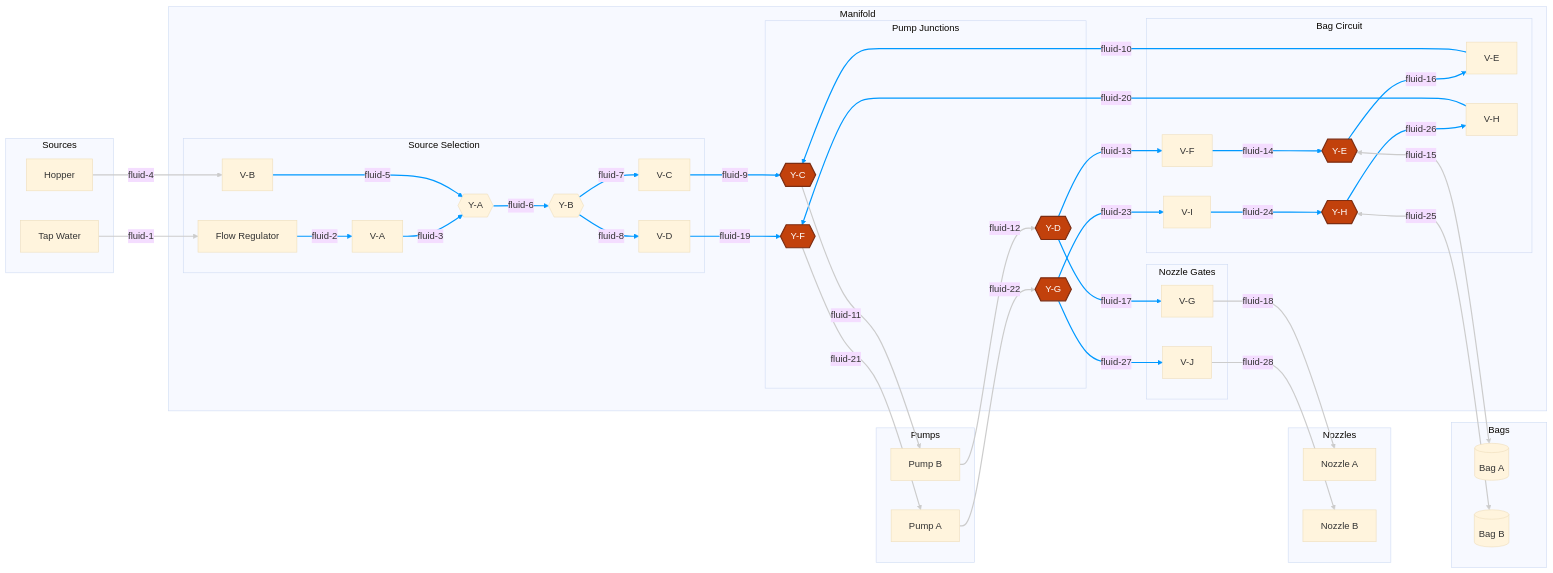
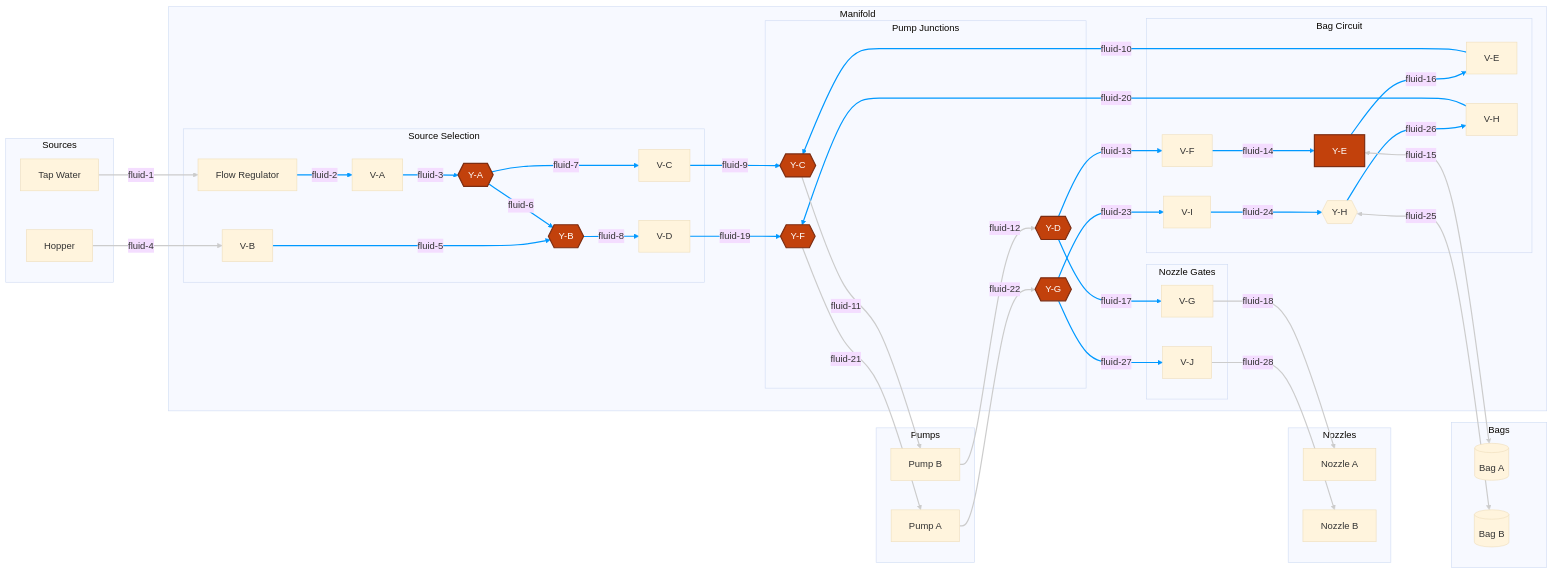
One commit to derekbreden/homesodamachine changed the diagram in hardware/topology/fluid-topology-manifold.mmd. Above: the diagram before and after it, drawn with Mermaid (base theme). The commit also changed 184 other files, not shown here.

```diff
--- a/hardware/topology/fluid-topology-manifold.mmd
+++ b/hardware/topology/fluid-topology-manifold.mmd
@@ -1,135 +1,143 @@
 flowchart LR
 
   %% The complete fluid topology: every valve, junction, and endpoint, with each
   %% edge labelled by its route ID. A route is one numbered tube segment from the
   %% Tube Segments tables in fluid-topology.md — the same fluid-1 … fluid-28 that
   %% scorecard.py reads as the connection inventory the enclosure must carry and
   %% that enclosure-assembly/_lines.py authors port to port. All 28 appear here
   %% exactly once. Hexagons are Y-dividers; orange nodes are Tees (in-line run +
   %% branch). The per-tray cut in fluid-topology-trays.mmd is the condensed view:
   %% valves only, endpoints omitted.
 
   %% =========================
   %% Remote components
   %% =========================
   subgraph Sources["Sources"]
     Tap["Tap Water"]
     Hopper["Hopper"]
   end
 
   subgraph Pumps["Pumps"]
     PA["Pump A"]
     PB["Pump B"]
   end
 
   subgraph Bags["Bags"]
     BagA[("Bag A")]
     BagB[("Bag B")]
   end
 
   subgraph Nozzles["Nozzles"]
     NozzleA["Nozzle A"]
     NozzleB["Nozzle B"]
   end
 
   %% =========================
   %% Manifold
   %% =========================
   %% No `direction` on this subgraph. A nested direction makes Mermaid clamp
   %% boundary-crossing edges to the cluster border, which strands the ten tube
   %% runs — fluid-11/12/21/22 to the pumps, 15/25 to the bags, 18/28 to the
   %% nozzles, 1/4 from the sources — as stubs floating short of their junctions.
   %% The chart inherits LR from the top-level flowchart.
   subgraph Manifold["Manifold"]
 
     subgraph SourceSelection["Source Selection"]
       Reg["Flow Regulator"]
       VA["V-A"]
       VB["V-B"]
       YA{{"Y-A"}}
       YB{{"Y-B"}}
       VC["V-C"]
       VD["V-D"]
     end
 
     subgraph MfPumps["Pump Junctions"]
       YC{{"Y-C"}}
       YD{{"Y-D"}}
       YF{{"Y-F"}}
       YG{{"Y-G"}}
     end
 
     subgraph MfNozzles["Nozzle Gates"]
       VG["V-G"]
       VJ["V-J"]
     end
 
     subgraph MfBags["Bag Circuit"]
       VE["V-E"]
-      YE{{"Y-E"}}
+      YE["Y-E"]
       VF["V-F"]
       VH["V-H"]
       YH{{"Y-H"}}
       VI["V-I"]
     end
 
     %% Source Selection connections
     Reg -->|"fluid-2"| VA
     VA -->|"fluid-3"| YA
-    VB -->|"fluid-5"| YA
+    YA -->|"fluid-7"| VC
+    VB -->|"fluid-5"| YB
+    YB -->|"fluid-8"| VD
     YA -->|"fluid-6"| YB
-    YB -->|"fluid-7"| VC
-    YB -->|"fluid-8"| VD
 
     %% Pump Junctions connections
     VC -->|"fluid-9"| YC
     VD -->|"fluid-19"| YF
     YD -->|"fluid-17"| VG
     YD -->|"fluid-13"| VF
     YG -->|"fluid-27"| VJ
     YG -->|"fluid-23"| VI
 
     %% Bag Circuit connections
     VE -->|"fluid-10"| YC
     VF -->|"fluid-14"| YE
     YE -->|"fluid-16"| VE
     VH -->|"fluid-20"| YF
     VI -->|"fluid-24"| YH
     YH -->|"fluid-26"| VH
   end
 
   %% =========================
   %% Tube runs (manifold ↔ remote)
   %% =========================
   Tap -->|"fluid-1"| Reg
   Hopper -->|"fluid-4"| VB
 
   YC -->|"fluid-11"| PB
   PB -->|"fluid-12"| YD
   YF -->|"fluid-21"| PA
   PA -->|"fluid-22"| YG
 
   YE <-->|"fluid-15"| BagA
   YH <-->|"fluid-25"| BagB
 
   VG -->|"fluid-18"| NozzleA
   VJ -->|"fluid-28"| NozzleB
 
   %% Manifold internals: blue. These edges are ZERO LENGTH — valve seats sit
   %% directly at the Y-junctions inside a single machined manifold block. There
   %% is no tubing between, e.g., V-A and Y-A; the only volume on a blue edge is
   %% the valve's own downstream poppet void (sub-mL). This is what makes the
   %% manifold a manifold rather than a network of tube runs, and why there are
   %% no meaningful stagnant side-pockets at the Y-junctions.
   %% 0-17 = Source Selection + Pump Junctions + Bag Circuit interior edges.
   linkStyle 0,1,2,3,4,5,6,7,8,9,10,11,12,13,14,15,16,17 stroke:#09f,stroke-width:2px
   %% Tube runs between the manifold and remote components: white. These are
   %% the only real lengths of tube in the diagram; everything else is
   %% manifold-internal.
   %% 18-27 = sources -> manifold inlets, manifold -> pumps/bags/nozzles.
   linkStyle 18,19,20,21,22,23,24,25,26,27 stroke:#ccc,stroke-width:2px
 
-  %% Junction geometry: Y-A/Y-B are PP2308E Y-dividers (source-select); the
-  %% other six are PP0208E Tees (in-line run + branch). Orange = Tee.
+  %% Junction geometry: Y-H is the one PP2308E Y-divider, joining the two ports its own
+  %% tray's pair presents SIDE BY SIDE with the room ahead of it a trident needs; the other
+  %% seven are PP0208E Tees (in-line run + branch). Six reach BETWEEN trays, or between a
+  %% tray and a pump; Y-E joins one pair side by side like Y-H, and is a Tee because what
+  %% that pair leaves it is a strip a fitting's own diameter deep.
+  %% A Tee's run is a LANE — one straight length through the fitting, shared by two of
+  %% its three ports — and its branch is the leg that leaves that lane, which is why the
+  %% branch is the only leg at a Tee that changes level. At Y-A and Y-B that lane stands
+  %% on end: the run is a COLUMN, fluid-3 into fluid-7 and fluid-5 into fluid-8, and the
+  %% two branches face each other across fluid-6. Orange = Tee.
   classDef tee fill:#c2410c,stroke:#7c2d12,color:#ffffff,stroke-width:2px;
-  class YC,YD,YE,YF,YG,YH tee;
+  class YA,YB,YC,YD,YE,YF,YG tee;
```
